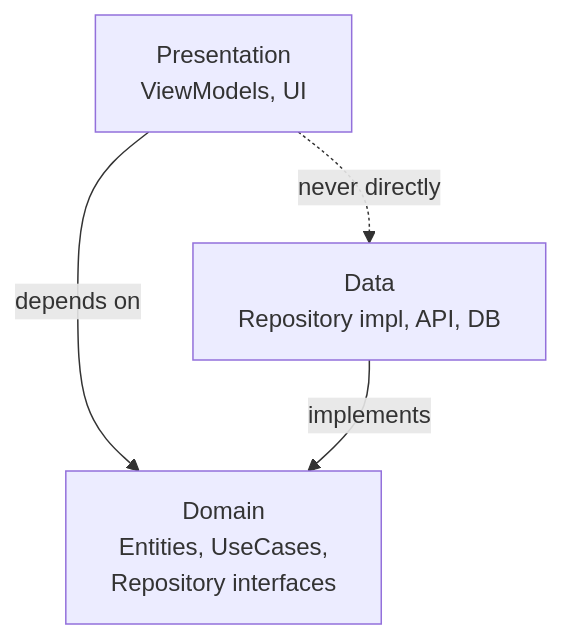
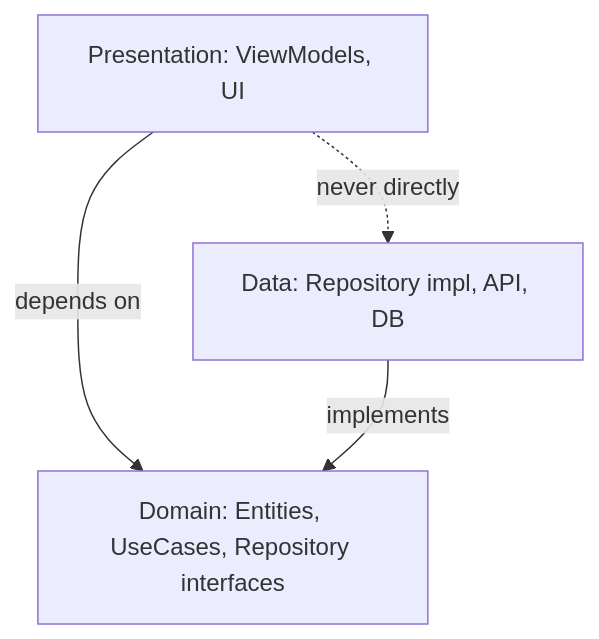
Before and after one commit to AkshayAshokCode/Android-Interview-Questions-cheat-sheet: the fourth of 10 diagrams in topics/12-architecture.md, drawn with Mermaid. The commit also changed other lines of this file and 21 other files, not shown here.

````diff
--- a/topics/12-architecture.md
+++ b/topics/12-architecture.md
@@ -112,6 +374,6 @@
 ```mermaid
 flowchart TD
-    P["Presentation<br/>ViewModels, UI"] -->|"depends on"| D["Domain<br/>Entities, UseCases,<br/>Repository interfaces"]
-    DA["Data<br/>Repository impl, API, DB"] -->|"implements"| D
+    P["Presentation: ViewModels, UI"] -->|"depends on"| D["Domain: Entities, UseCases, Repository interfaces"]
+    DA["Data: Repository impl, API, DB"] -->|"implements"| D
     P -.->|"never directly"| DA
 ```
````
